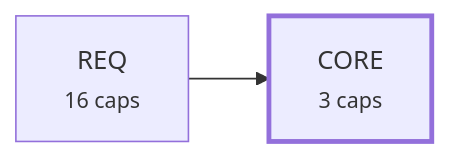
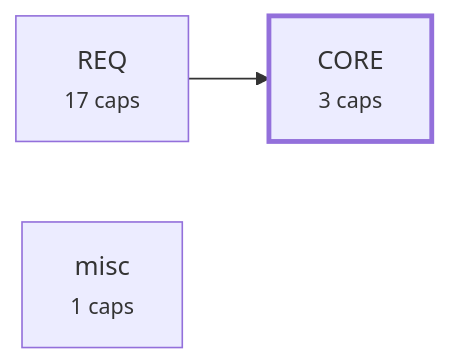
One commit to alxmax/Requirement-manager changed the third of 4 diagrams in plugin/requirements/_map.md. Above: the diagram before and after it, drawn with Mermaid. The commit also changed other lines of this file and 13 other files, not shown here.

````diff
--- a/plugin/requirements/_map.md
+++ b/plugin/requirements/_map.md
@@ -156,7 +168,8 @@
 ```mermaid
 graph LR
   a_CORE["CORE<br><small>3 caps</small>"]
-  a_REQ["REQ<br><small>16 caps</small>"]
+  a_REQ["REQ<br><small>17 caps</small>"]
+  a_misc["misc<br><small>1 caps</small>"]
   a_REQ --> a_CORE
   style a_CORE stroke-width:3px
 ```
````
